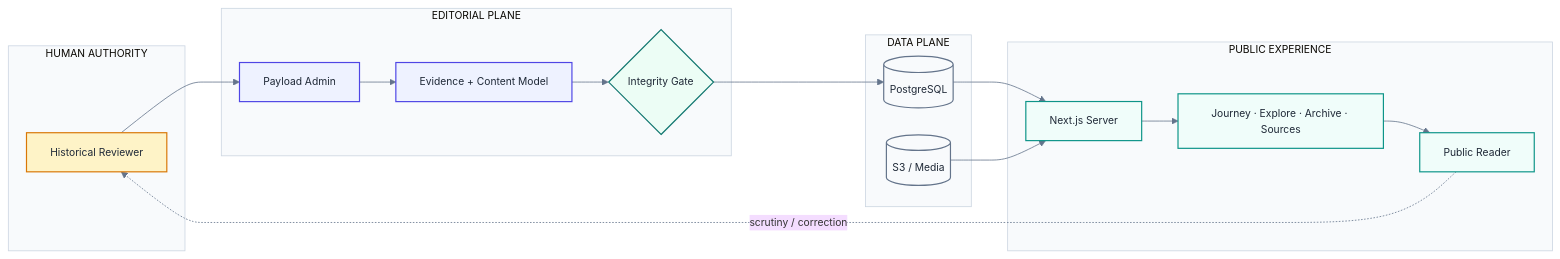
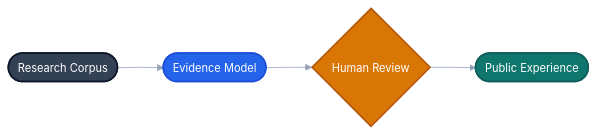
Before and after one commit to drferdi/Kediri-Kings-Century: the first of 4 diagrams in README.md, drawn with Mermaid. The commit also changed other lines of this file, not shown here.

Commit message:
docs(readme): redesign Mermaid diagrams

```diff
--- a/README.md
+++ b/README.md
@@ -256,43 +256,20 @@
 ~~~mermaid
-%%{init: {'theme':'base','flowchart':{'curve':'basis','nodeSpacing':34,'rankSpacing':46},'themeVariables':{'fontFamily':'Inter, ui-sans-serif, system-ui','fontSize':'13px','lineColor':'#64748B','clusterBkg':'#F8FAFC','clusterBorder':'#CBD5E1'}}}%%
+%%{init: {'theme':'base','flowchart':{'curve':'linear','nodeSpacing':42,'rankSpacing':58},'themeVariables':{'fontFamily':'Inter, ui-sans-serif, system-ui','fontSize':'14px','lineColor':'#94A3B8'}}}%%
 flowchart LR
-  subgraph H["HUMAN AUTHORITY"]
-    REVIEWER["Historical Reviewer"]
-  end
+  A(["Research Corpus"])
+  B(["Evidence Model"])
+  C{"Human Review"}
+  D(["Public Experience"])
 
-  subgraph E["EDITORIAL PLANE"]
-    CMS["Payload Admin"]
-    MODEL["Evidence + Content Model"]
-    GATE{"Integrity Gate"}
-  end
+  A --> B --> C --> D
 
-  subgraph D["DATA PLANE"]
-    DB[("PostgreSQL")]
-    MEDIA[("S3 / Media")]
-  end
+  classDef source fill:#334155,stroke:#0F172A,stroke-width:2px,color:#FFFFFF;
+  classDef core fill:#2563EB,stroke:#1D4ED8,stroke-width:2px,color:#FFFFFF;
+  classDef human fill:#D97706,stroke:#B45309,stroke-width:2px,color:#FFFFFF;
+  classDef output fill:#0F766E,stroke:#115E59,stroke-width:2px,color:#FFFFFF;
 
-  subgraph X["PUBLIC EXPERIENCE"]
-    SERVER["Next.js Server"]
-    PUBLIC["Journey · Explore · Archive · Sources"]
-    READER["Public Reader"]
-  end
-
-  REVIEWER --> CMS --> MODEL --> GATE
-  GATE --> DB
-  DB --> SERVER
-  MEDIA --> SERVER
-  SERVER --> PUBLIC --> READER
-  READER -. scrutiny / correction .-> REVIEWER
-
-  classDef human fill:#FEF3C7,stroke:#D97706,stroke-width:1.5px,color:#1F2937;
-  classDef system fill:#EEF2FF,stroke:#4F46E5,stroke-width:1.5px,color:#1F2937;
-  classDef verified fill:#ECFDF5,stroke:#0F766E,stroke-width:1.5px,color:#1F2937;
-  classDef data fill:#F8FAFC,stroke:#64748B,stroke-width:1.5px,color:#1F2937;
-  classDef public fill:#F0FDFA,stroke:#0D9488,stroke-width:1.5px,color:#1F2937;
-
-  class REVIEWER human;
-  class CMS,MODEL system;
-  class GATE verified;
-  class DB,MEDIA data;
-  class SERVER,PUBLIC,READER public;
+  class A source;
+  class B core;
+  class C human;
+  class D output;
 ~~~
```
